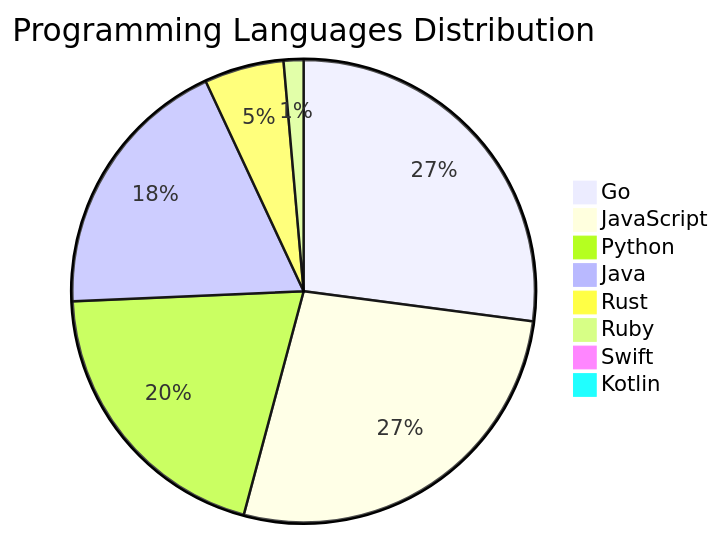
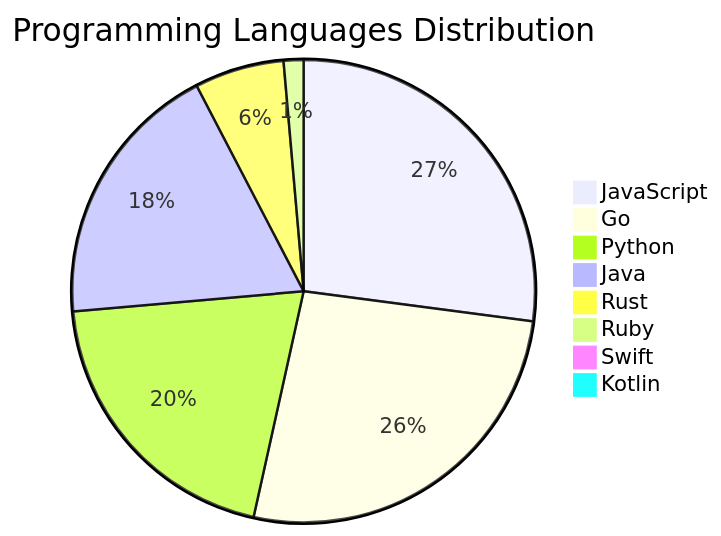
The diagram in README.md (Derrick-MUGISHA/github-activity-bot), drawn with Mermaid before and after one commit. The commit also changed other lines of this file and 4 other files, not shown here.

````diff
--- a/README.md
+++ b/README.md
@@ -210,11 +210,11 @@
 ```mermaid
 pie title Programming Languages Distribution
-    "Go" : 39
     "JavaScript" : 39
+    "Go" : 38
     "Python" : 29
     "Java" : 27
-    "Rust" : 8
+    "Rust" : 9
     "Ruby" : 2
     "Swift" : 1
     "Kotlin" : 1
 ```
````
